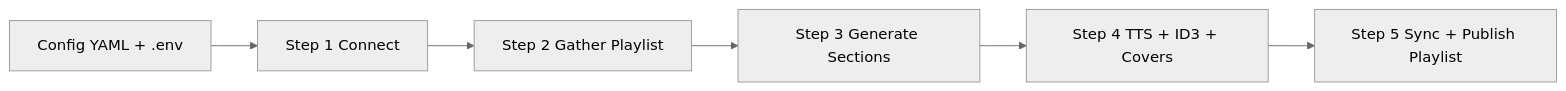
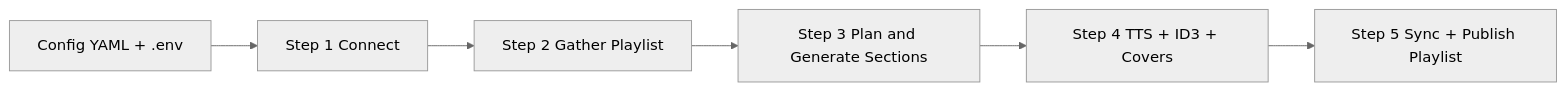
The diagram in README.md (swiftbird07/AI-Radio), drawn with Mermaid (neutral theme) before and after one commit. The commit also changed other lines of this file and 5 other files, not shown here.

````diff
--- a/README.md
+++ b/README.md
@@ -45,8 +43,8 @@
 ```mermaid
 flowchart LR
   A[Config YAML + .env] --> B[Step 1 Connect]
   B --> C[Step 2 Gather Playlist]
-  C --> D[Step 3 Generate Sections]
+  C --> D[Step 3 Plan and Generate Sections]
   D --> E[Step 4 TTS + ID3 + Covers]
   E --> F[Step 5 Sync + Publish Playlist]
 ```
````
